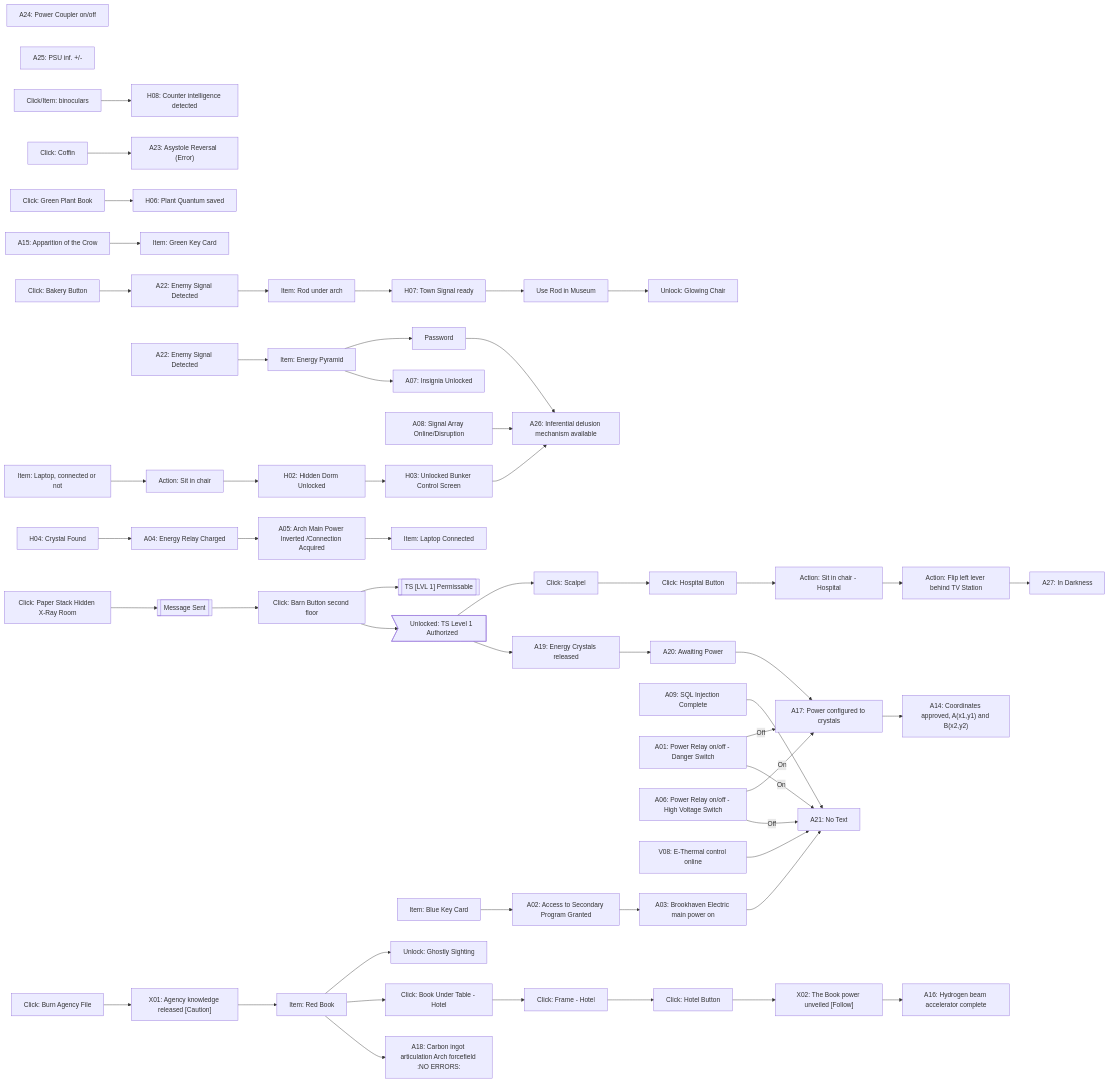
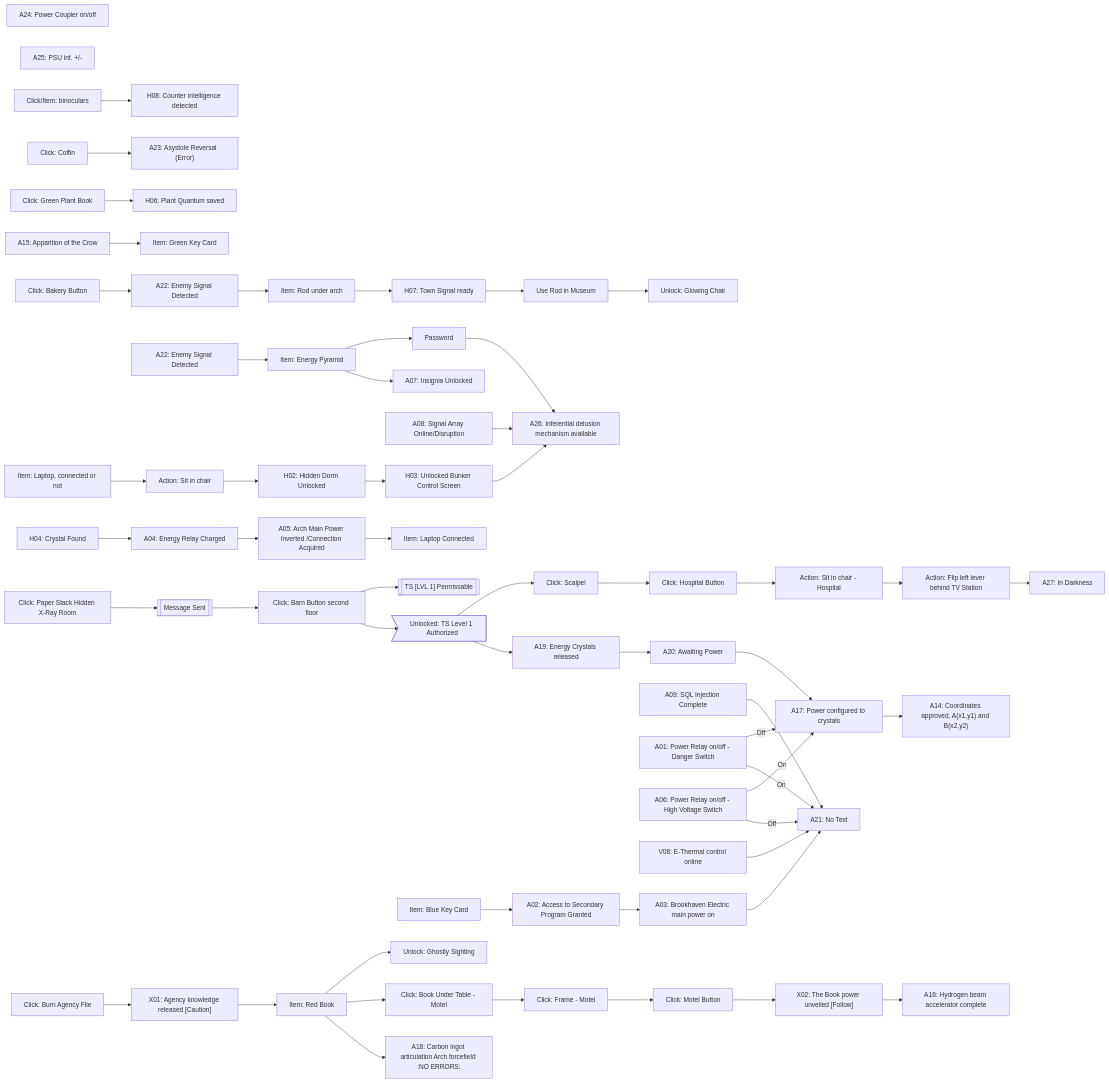
The diagram in content/lore/_index.md (doodlebunnyhops/doodlebunnyhops.github.io), drawn with Mermaid before and after one commit. The commit also changed 14 other files, not shown here.

Commit message:
replace motel with hotel, updated hotel map details

```diff
--- a/content/lore/_index.md
+++ b/content/lore/_index.md
@@ -147,8 +147,8 @@
 %% Build Portal
     red_book --> book_undertable
     book_undertable --> frame
-    frame --> hotel_button
-    hotel_button --> X02
+    frame --> motel_button
+    motel_button --> X02
     X02 --> A16
 
     red_book --> ghost
@@ -192,9 +192,9 @@
     blue_keycard[Item: Blue Key Card]
 	green_keycard[Item: Green Key Card]
 	laptop_connected[Item: Laptop Connected]
-    book_undertable[Click: Book Under Table - Hotel]
-    frame[Click: Frame - Hotel]
-    hotel_button[Click: Hotel Button]
+    book_undertable[Click: Book Under Table - Motel]
+    frame[Click: Frame - Motel]
+    motel_button[Click: Motel Button]
     laptop[Item: Laptop, connected or not]
     sit[Action: Sit in chair]
     sit_hospital[Action: Sit in chair - Hospital]
```
